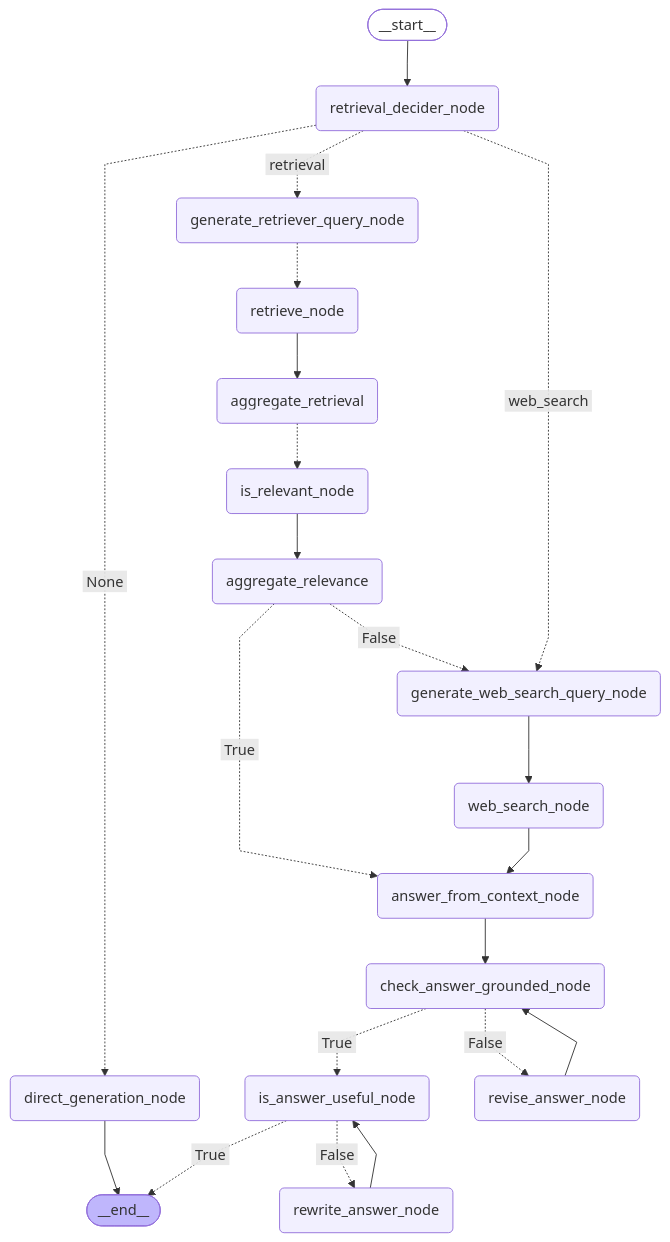
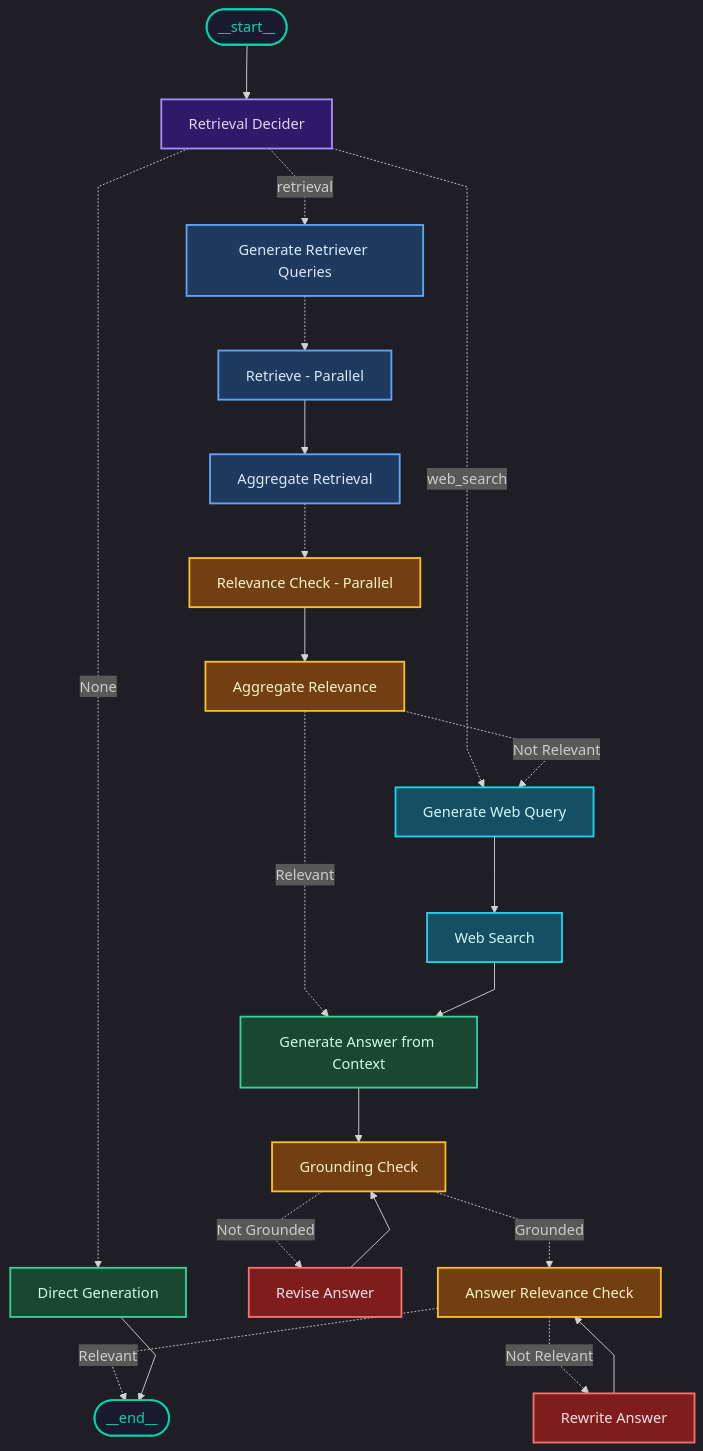
The diagram in README.md (pankaj-2708/Self-RAG-and-Corrective-RAG-for-Indian-Constitution), drawn with Mermaid before and after one commit. The commit also changed other lines of this file and 11 other files, not shown here.

````diff
--- a/README.md
+++ b/README.md
@@ -13,47 +51,65 @@
 ```mermaid
 ---
 config:
+  theme: dark
   flowchart:
     curve: linear
+    nodeSpacing: 40
+    rankSpacing: 60
 ---
-graph TD;
-	__start__([<p>__start__</p>]):::first
-	retrieval_decider_node(retrieval_decider_node)
-	generate_retriever_query_node(generate_retriever_query_node)
-	retrieve_node(retrieve_node)
-	direct_generation_node(direct_generation_node)
-	is_relevant_node(is_relevant_node)
-	answer_from_context_node(answer_from_context_node)
-	check_answer_grounded_node(check_answer_grounded_node)
-	revise_answer_node(revise_answer_node)
-	is_answer_useful_node(is_answer_useful_node)
-	rewrite_answer_node(rewrite_answer_node)
-	generate_web_search_query_node(generate_web_search_query_node)
-	web_search_node(web_search_node)
-	aggregate_retrieval(aggregate_retrieval)
-	aggregate_relevance(aggregate_relevance)
-	__end__([<p>__end__</p>]):::last
-	__start__ --> retrieval_decider_node;
-	aggregate_relevance -. &nbsp;True&nbsp; .-> answer_from_context_node;
-	aggregate_relevance -. &nbsp;False&nbsp; .-> generate_web_search_query_node;
-	aggregate_retrieval -.-> is_relevant_node;
-	answer_from_context_node --> check_answer_grounded_node;
-	check_answer_grounded_node -. &nbsp;True&nbsp; .-> is_answer_useful_node;
-	check_answer_grounded_node -. &nbsp;False&nbsp; .-> revise_answer_node;
-	generate_retriever_query_node -.-> retrieve_node;
-	generate_web_search_query_node --> web_search_node;
-	is_answer_useful_node -. &nbsp;True&nbsp; .-> __end__;
-	is_answer_useful_node -. &nbsp;False&nbsp; .-> rewrite_answer_node;
-	is_relevant_node --> aggregate_relevance;
-	retrieval_decider_node -. &nbsp;None&nbsp; .-> direct_generation_node;
-	retrieval_decider_node -. &nbsp;retrieval&nbsp; .-> generate_retriever_query_node;
-	retrieval_decider_node -. &nbsp;web_search&nbsp; .-> generate_web_search_query_node;
-	retrieve_node --> aggregate_retrieval;
-	revise_answer_node --> check_answer_grounded_node;
-	rewrite_answer_node --> is_answer_useful_node;
-	web_search_node --> answer_from_context_node;
-	direct_generation_node --> __end__;
-	classDef default fill:#f2f0ff,line-height:1.2
-	classDef first fill-opacity:0
-	classDef last fill:#bfb6fc
+graph TD
+    __start__([" __start__ "]):::startNode
+    retrieval_decider_node["Retrieval Decider"]:::routingNode
+    generate_retriever_query_node["Generate Retriever Queries"]:::retrievalNode
+    retrieve_node["Retrieve - Parallel"]:::retrievalNode
+    aggregate_retrieval["Aggregate Retrieval"]:::retrievalNode
+    direct_generation_node["Direct Generation"]:::generationNode
+    is_relevant_node["Relevance Check - Parallel"]:::validationNode
+    aggregate_relevance["Aggregate Relevance"]:::validationNode
+    answer_from_context_node["Generate Answer from Context"]:::generationNode
+    check_answer_grounded_node["Grounding Check"]:::validationNode
+    revise_answer_node["Revise Answer"]:::correctionNode
+    is_answer_useful_node["Answer Relevance Check"]:::validationNode
+    rewrite_answer_node["Rewrite Answer"]:::correctionNode
+    generate_web_search_query_node["Generate Web Query"]:::webNode
+    web_search_node["Web Search"]:::webNode
+    __end__([" __end__ "]):::endNode
+
+    __start__ --> retrieval_decider_node
+
+    retrieval_decider_node -. " retrieval " .-> generate_retriever_query_node
+    retrieval_decider_node -. " web_search " .-> generate_web_search_query_node
+    retrieval_decider_node -. " None " .-> direct_generation_node
+
+    generate_retriever_query_node -.-> retrieve_node
+    retrieve_node --> aggregate_retrieval
+    aggregate_retrieval -.-> is_relevant_node
+    is_relevant_node --> aggregate_relevance
+
+    aggregate_relevance -. " Relevant " .-> answer_from_context_node
+    aggregate_relevance -. " Not Relevant " .-> generate_web_search_query_node
+
+    generate_web_search_query_node --> web_search_node
+    web_search_node --> answer_from_context_node
+
+    answer_from_context_node --> check_answer_grounded_node
+
+    check_answer_grounded_node -. " Grounded " .-> is_answer_useful_node
+    check_answer_grounded_node -. " Not Grounded " .-> revise_answer_node
+    revise_answer_node --> check_answer_grounded_node
+
+    is_answer_useful_node -. " Relevant " .-> __end__
+    is_answer_useful_node -. " Not Relevant " .-> rewrite_answer_node
+    rewrite_answer_node --> is_answer_useful_node
+
+    direct_generation_node --> __end__
+
+    classDef startNode fill:#1a1a2e,stroke:#00d4aa,stroke-width:2px,color:#00d4aa
+    classDef endNode fill:#1a1a2e,stroke:#00d4aa,stroke-width:2px,color:#00d4aa
+    classDef routingNode fill:#2d1b69,stroke:#a78bfa,stroke-width:2px,color:#e0d4ff
+    classDef retrievalNode fill:#1e3a5f,stroke:#60a5fa,stroke-width:2px,color:#dbeafe
+    classDef generationNode fill:#1a4731,stroke:#34d399,stroke-width:2px,color:#d1fae5
+    classDef validationNode fill:#713f12,stroke:#fbbf24,stroke-width:2px,color:#fef3c7
+    classDef correctionNode fill:#7f1d1d,stroke:#f87171,stroke-width:2px,color:#fee2e2
+    classDef webNode fill:#164e63,stroke:#22d3ee,stroke-width:2px,color:#cffafe
 ```
````
